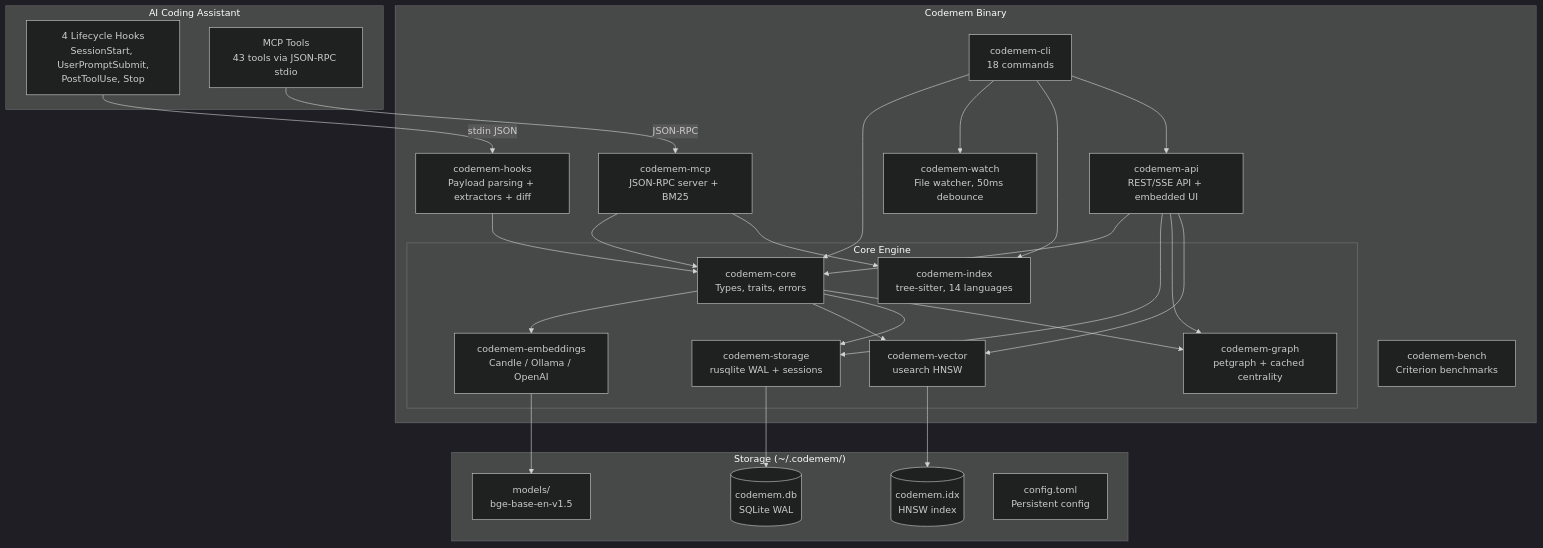
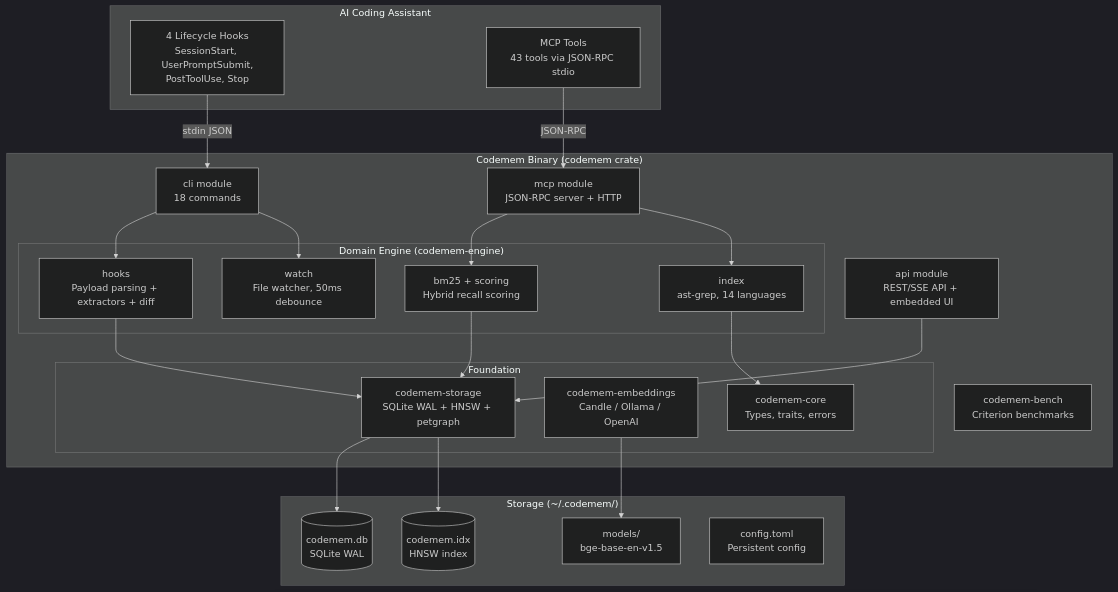
Before and after one commit to cogniplex/codemem: the first of 10 diagrams in docs/architecture.md, drawn with Mermaid (dark theme). The commit also changed other lines of this file and 4 other files, not shown here.

````diff
--- a/docs/architecture.md
+++ b/docs/architecture.md
@@ -19,54 +19,49 @@
 ```mermaid
 graph TB
     subgraph "AI Coding Assistant"
         H[4 Lifecycle Hooks<br/>SessionStart, UserPromptSubmit,<br/>PostToolUse, Stop]
         M[MCP Tools<br/>43 tools via JSON-RPC stdio]
     end
 
-    subgraph "Codemem Binary"
-        CLI[codemem-cli<br/>18 commands]
-        HOOKS[codemem-hooks<br/>Payload parsing + extractors + diff]
-        MCP[codemem-mcp<br/>JSON-RPC server + BM25]
-        WATCH[codemem-watch<br/>File watcher, 50ms debounce]
+    subgraph "Codemem Binary (codemem crate)"
+        CLI[cli module<br/>18 commands]
+        MCP_MOD[mcp module<br/>JSON-RPC server + HTTP]
+        API_MOD[api module<br/>REST/SSE API + embedded UI]
 
-        subgraph "Core Engine"
+        subgraph "Domain Engine (codemem-engine)"
+            HOOKS[hooks<br/>Payload parsing + extractors + diff]
+            WATCH[watch<br/>File watcher, 50ms debounce]
+            IDX[index<br/>ast-grep, 14 languages]
+            BM25[bm25 + scoring<br/>Hybrid recall scoring]
+        end
+
+        subgraph "Foundation"
             CORE[codemem-core<br/>Types, traits, errors]
             EMB[codemem-embeddings<br/>Candle / Ollama / OpenAI]
-            VEC[codemem-vector<br/>usearch HNSW]
-            STORE[codemem-storage<br/>rusqlite WAL + sessions]
-            GRAPH[codemem-graph<br/>petgraph + cached centrality]
-            IDX[codemem-index<br/>tree-sitter, 14 languages]
+            STORE[codemem-storage<br/>SQLite WAL + HNSW + petgraph]
         end
 
-        API[codemem-api<br/>REST/SSE API + embedded UI]
         BENCH[codemem-bench<br/>Criterion benchmarks]
     end
 
     subgraph "Storage (~/.codemem/)"
         DB[(codemem.db<br/>SQLite WAL)]
         HNSW[(codemem.idx<br/>HNSW index)]
         MODEL[models/<br/>bge-base-en-v1.5]
         CONF[config.toml<br/>Persistent config]
     end
 
-    H -->|stdin JSON| HOOKS
-    M -->|JSON-RPC| MCP
-    HOOKS --> CORE
-    MCP --> CORE
-    CLI --> CORE
+    H -->|stdin JSON| CLI
+    M -->|JSON-RPC| MCP_MOD
+    CLI --> HOOKS
     CLI --> WATCH
-    CORE --> EMB
-    CORE --> VEC
-    CORE --> STORE
-    CORE --> GRAPH
-    CLI --> IDX
-    CLI --> API
-    MCP --> IDX
-    API --> CORE
-    API --> STORE
-    API --> GRAPH
-    API --> VEC
+    MCP_MOD --> BM25
+    MCP_MOD --> IDX
+    API_MOD --> STORE
+    HOOKS --> STORE
+    BM25 --> STORE
+    IDX --> CORE
     STORE --> DB
-    VEC --> HNSW
+    STORE --> HNSW
     EMB --> MODEL
 ```
````
